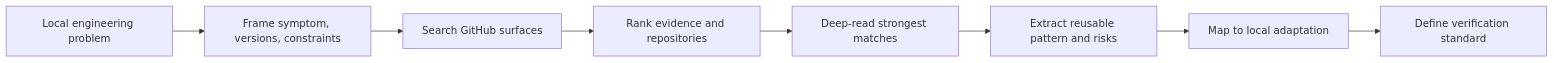
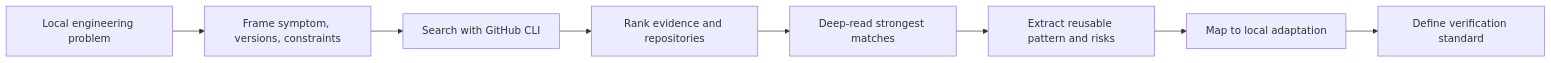
The second of 2 diagrams in README.md (Jia-Ethan/github-solution-research), drawn with Mermaid before and after one commit. The commit also changed other lines of this file and 6 other files, not shown here.

````diff
--- a/README.md
+++ b/README.md
@@ -234,10 +273,10 @@
 ```mermaid
 flowchart LR
   A["Local engineering problem"] --> B["Frame symptom, versions, constraints"]
-  B --> C["Search GitHub surfaces"]
+  B --> C["Search with GitHub CLI"]
   C --> D["Rank evidence and repositories"]
   D --> E["Deep-read strongest matches"]
   E --> F["Extract reusable pattern and risks"]
   F --> G["Map to local adaptation"]
   G --> H["Define verification standard"]
 ```
````
